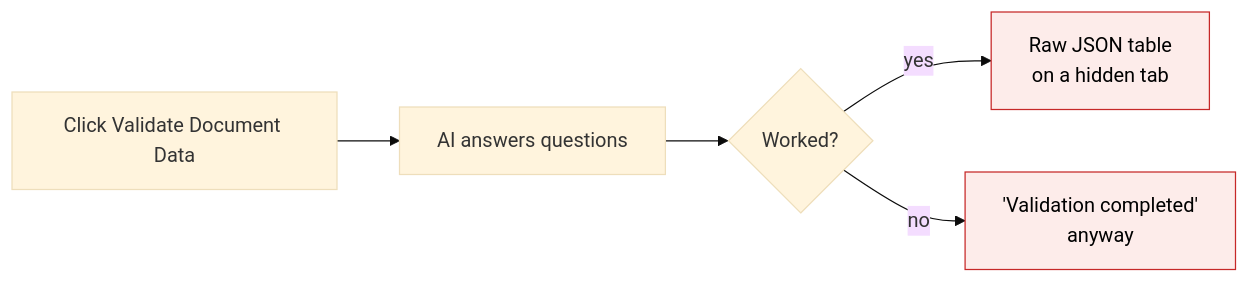
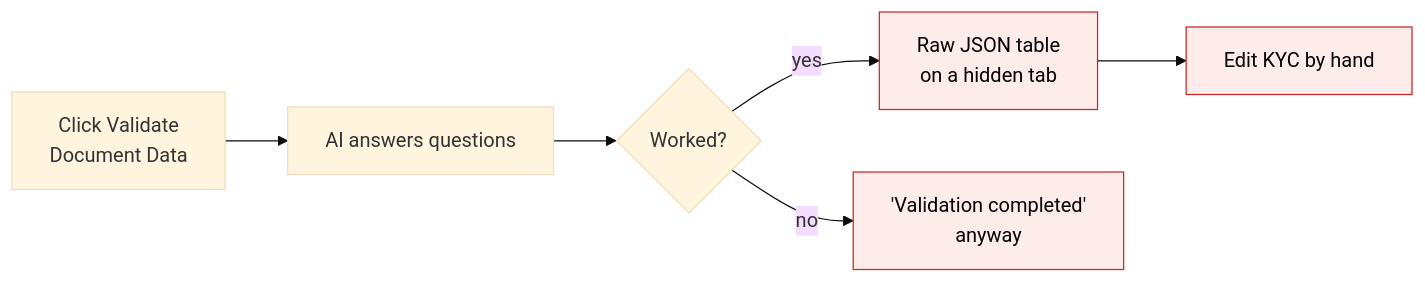
Before and after one commit to sampadadiwan/IRM_CompanyMain: the third of 4 diagrams in openspec/changes/document-checks/proposal.md, drawn with Mermaid (base theme). The commit also changed other lines of this file and 85 other files, not shown here.

````diff
--- a/openspec/changes/document-checks/proposal.md
+++ b/openspec/changes/document-checks/proposal.md
@@ -95,9 +111,10 @@
 ```mermaid
 flowchart LR
-    A["Click Validate Document Data"] --> B["AI answers questions"]
+    A["Click Validate<br/>Document Data"] --> B["AI answers questions"]
     B --> C{"Worked?"}
     C -- "yes" --> D["Raw JSON table<br/>on a hidden tab"]
     C -- "no" --> E["'Validation completed'<br/>anyway"]
+    D --> F["Edit KYC by hand"]
     classDef manual fill:#fdecea,stroke:#c62828,color:#000
-    class D,E manual
+    class D,E,F manual
 ```
````
